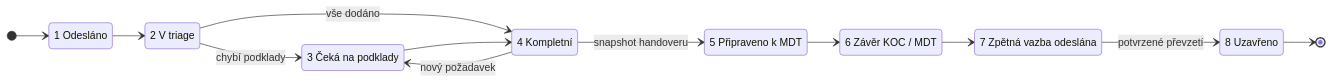
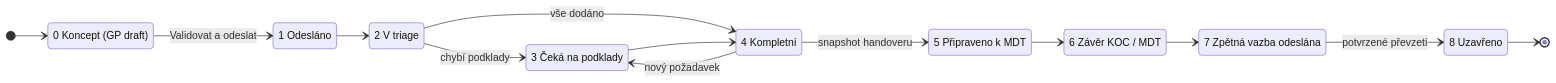
One commit to darkmackov/AI-Rackathon2026-Nessio changed the second of 3 diagrams in docs/product.md. Above: the diagram before and after it, drawn with Mermaid. The commit also changed other lines of this file and 46 other files, not shown here.

````diff
--- a/docs/product.md
+++ b/docs/product.md
@@ -57,23 +55,25 @@
 ```mermaid
 stateDiagram-v2
   direction LR
   state "1 Odesláno" as S1
   state "2 V triage" as S2
   state "3 Čeká na podklady" as S3
   state "4 Kompletní" as S4
   state "5 Připraveno k MDT" as S5
   state "6 Závěr KOC / MDT" as S6
   state "7 Zpětná vazba odeslána" as S7
   state "8 Uzavřeno" as S8
-  [*] --> S1
+  state "0 Koncept (GP draft)" as S0
+  [*] --> S0
+  S0 --> S1: Validovat a odeslat
   S1 --> S2
   S2 --> S3: chybí podklady
   S2 --> S4: vše dodáno
   S3 --> S4
   S4 --> S3: nový požadavek
   S4 --> S5: snapshot handoveru
   S5 --> S6
   S6 --> S7
   S7 --> S8: potvrzené převzetí
   S8 --> [*]
 ```
````
